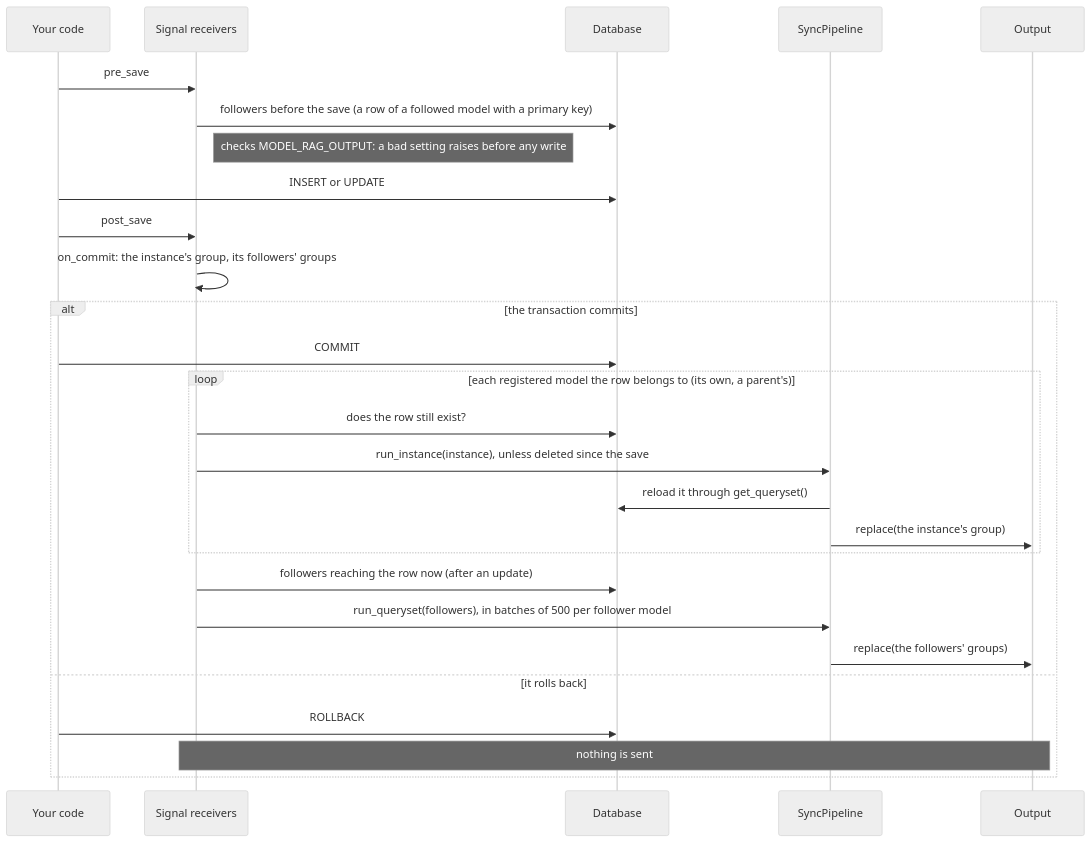
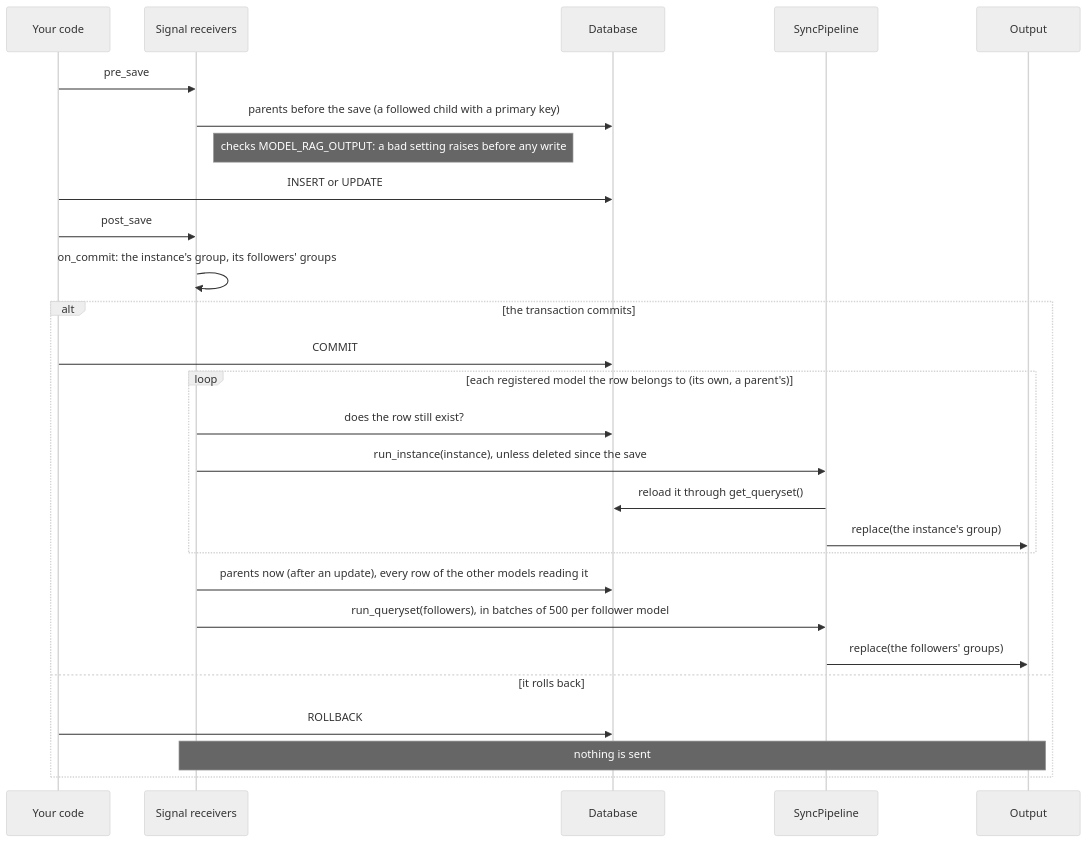
Before and after one commit to gtolivier/django-model-rag: the third of 4 diagrams in README.md, drawn with Mermaid (neutral theme). The commit also changed other lines of this file and 72 other files, not shown here.

````diff
--- a/README.md
+++ b/README.md
@@ -626,29 +639,29 @@
 ```mermaid
 sequenceDiagram
     participant App as Your code
     participant S as Signal receivers
     participant DB as Database
     participant P as SyncPipeline
     participant O as Output
     App->>S: pre_save
-    S->>DB: followers before the save (a row of a followed model with a primary key)
+    S->>DB: parents before the save (a followed child with a primary key)
     Note right of S: checks MODEL_RAG_OUTPUT: a bad setting raises before any write
     App->>DB: INSERT or UPDATE
     App->>S: post_save
     S->>S: on_commit: the instance's group, its followers' groups
     alt the transaction commits
         App->>DB: COMMIT
         loop each registered model the row belongs to (its own, a parent's)
             S->>DB: does the row still exist?
             S->>P: run_instance(instance), unless deleted since the save
             P->>DB: reload it through get_queryset()
             P->>O: replace(the instance's group)
         end
-        S->>DB: followers reaching the row now (after an update)
+        S->>DB: parents now (after an update), every row of the other models reading it
         S->>P: run_queryset(followers), in batches of 500 per follower model
         P->>O: replace(the followers' groups)
     else it rolls back
         App->>DB: ROLLBACK
         Note over S,O: nothing is sent
     end
 ```
````
